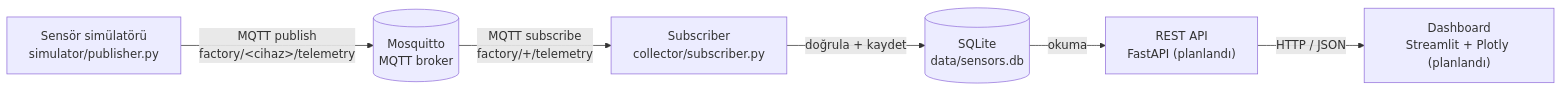
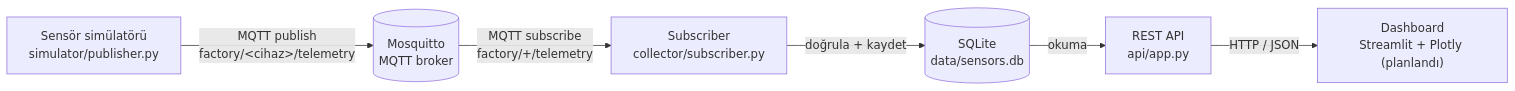
Before and after one commit to alperentasdogen/iot-sensor-panel: the diagram in docs/mimari.md, drawn with Mermaid. The commit also changed other lines of this file and 1 other file, not shown here.

Commit message:
docs: document the REST API endpoints, validation and run step

````diff
--- a/docs/mimari.md
+++ b/docs/mimari.md
@@ -11,8 +11,8 @@
 ```mermaid
 flowchart LR
     SIM["Sensör simülatörü<br/>simulator/publisher.py"] -- "MQTT publish<br/>factory/&lt;cihaz&gt;/telemetry" --> BRK[("Mosquitto<br/>MQTT broker")]
     BRK -- "MQTT subscribe<br/>factory/+/telemetry" --> SUB["Subscriber<br/>collector/subscriber.py"]
     SUB -- "doğrula + kaydet" --> DB[("SQLite<br/>data/sensors.db")]
-    DB -- "okuma" --> API["REST API<br/>FastAPI (planlandı)"]
+    DB -- "okuma" --> API["REST API<br/>api/app.py"]
     API -- "HTTP / JSON" --> UI["Dashboard<br/>Streamlit + Plotly (planlandı)"]
 ```
````
